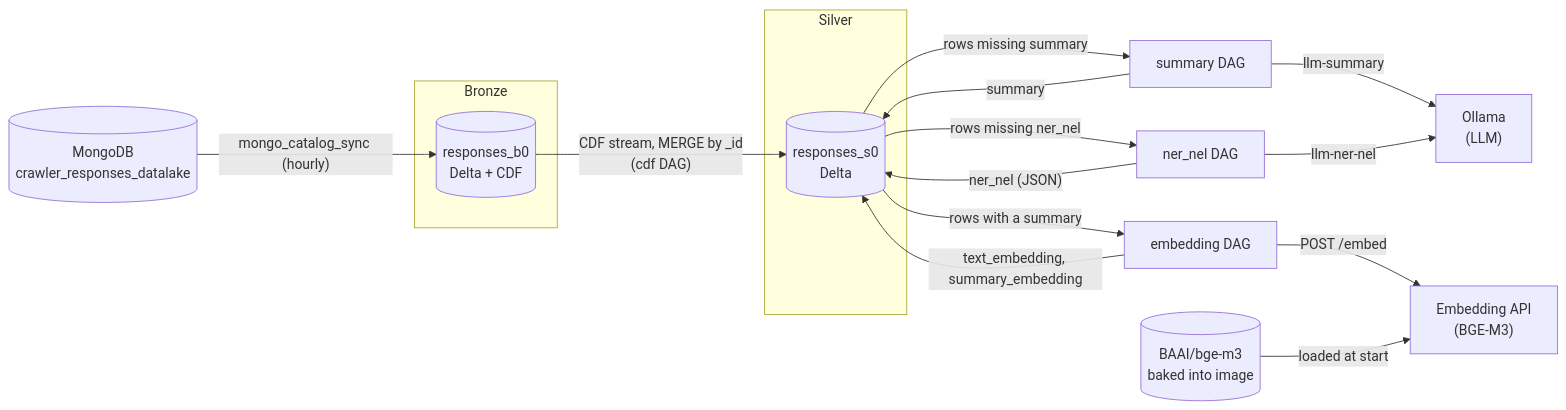
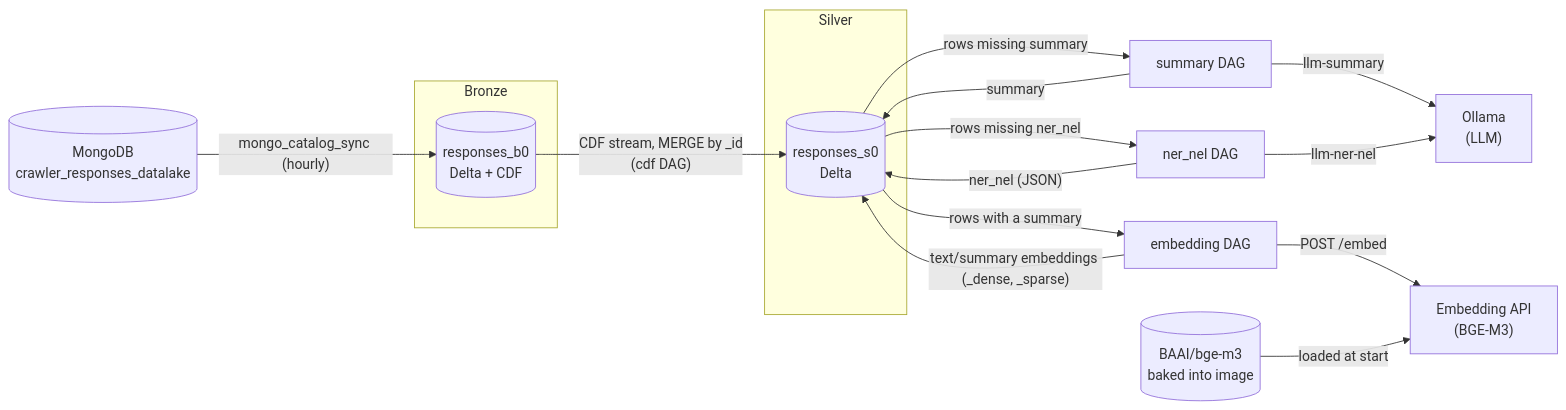
One commit to egerpaulj/lakehouse changed the second of 2 diagrams in README.md. Above: the diagram before and after it, drawn with Mermaid. The commit also changed other lines of this file and 7 other files, not shown here.

````diff
--- a/README.md
+++ b/README.md
@@ -371,26 +371,26 @@
 ```mermaid
 flowchart LR
     mongo[("MongoDB<br/>crawler_responses_datalake")]
     subgraph bronze["Bronze"]
         b0[("responses_b0<br/>Delta + CDF")]
     end
     subgraph silver["Silver"]
         s0[("responses_s0<br/>Delta")]
     end
     ollama["Ollama<br/>(LLM)"]
     api["Embedding API<br/>(BGE-M3)"]
     models[("BAAI/bge-m3<br/>baked into image")]
 
     mongo -->|"mongo_catalog_sync (hourly)"| b0
     b0 -->|"CDF stream, MERGE by _id<br/>(cdf DAG)"| s0
     s0 -->|"rows missing summary"| sum["summary DAG"]
     sum -->|"llm-summary"| ollama
     sum -->|"summary"| s0
     s0 -->|"rows missing ner_nel"| ner["ner_nel DAG"]
     ner -->|"llm-ner-nel"| ollama
     ner -->|"ner_nel (JSON)"| s0
     s0 -->|"rows with a summary"| emb["embedding DAG"]
     emb -->|"POST /embed"| api
     models -->|"loaded at start"| api
-    emb -->|"text_embedding, summary_embedding"| s0
+    emb -->|"text/summary embeddings (_dense, _sparse)"| s0
 ```
````
